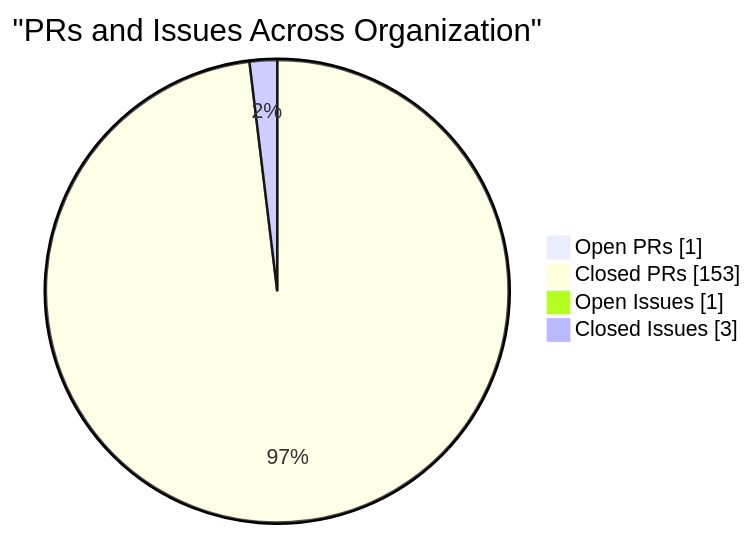
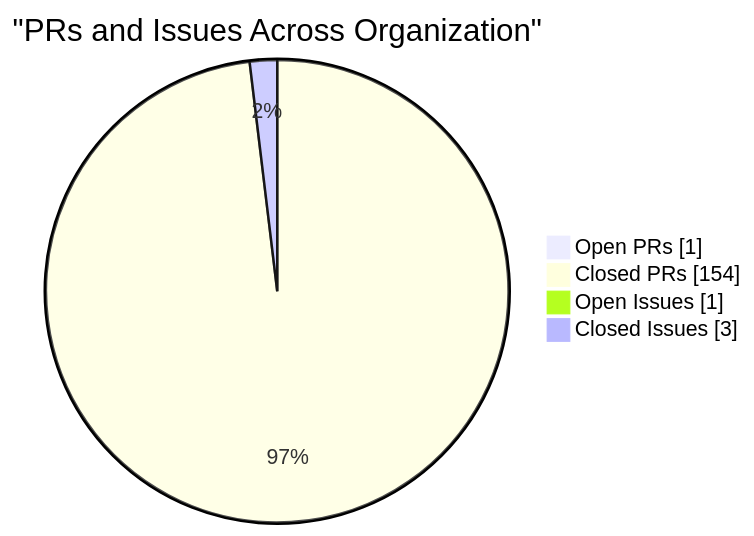
One commit to CSTH-Projects/.github changed the fourth of 4 diagrams in profile/README.md. Above: the diagram before and after it, drawn with Mermaid. The commit also changed other lines of this file, not shown here.

````diff
--- a/profile/README.md
+++ b/profile/README.md
@@ -100,8 +100,8 @@
 ```mermaid
 pie showData
     title "PRs and Issues Across Organization"
     "Open PRs" : 1
-    "Closed PRs" : 153
+    "Closed PRs" : 154
     "Open Issues" : 1
     "Closed Issues" : 3
 ```
````
